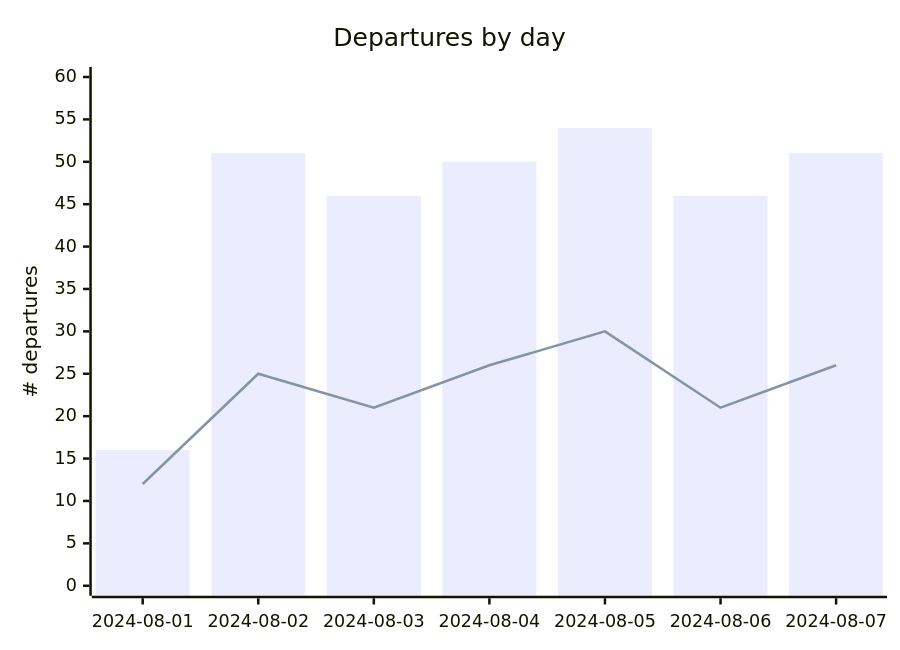
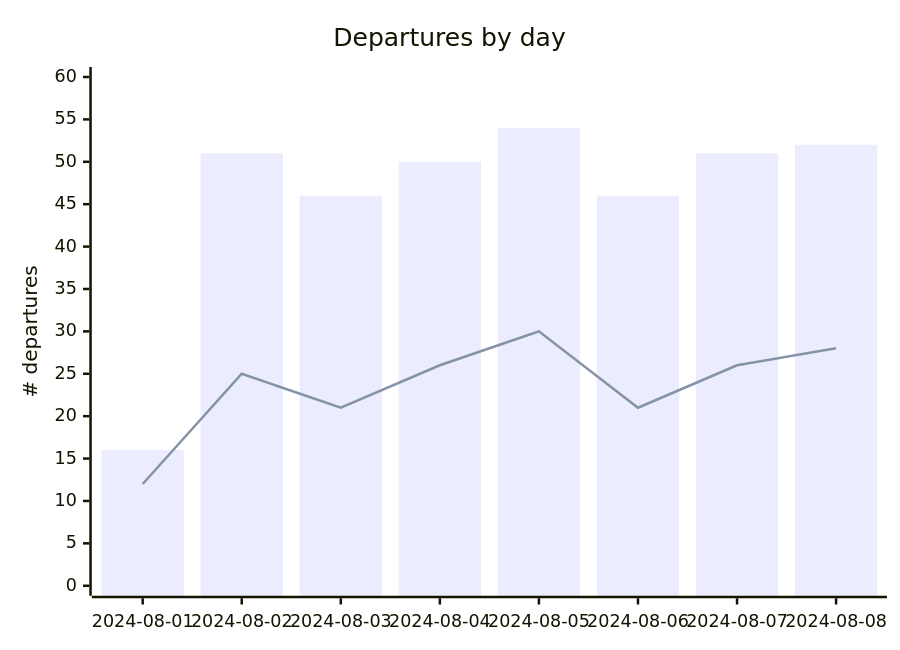
One commit to rainermesi/tll-airport-departures changed the first of 2 diagrams in README.md. Above: the diagram before and after it, drawn with Mermaid. The commit also changed other lines of this file, not shown here.

````diff
--- a/README.md
+++ b/README.md
@@ -9,8 +9,8 @@
 ```mermaid
 xychart-beta
     title "Departures by day"
-    x-axis ["2024-08-01", "2024-08-02", "2024-08-03", "2024-08-04", "2024-08-05", "2024-08-06", "2024-08-07"]
+    x-axis ["2024-08-01", "2024-08-02", "2024-08-03", "2024-08-04", "2024-08-05", "2024-08-06", "2024-08-07", "2024-08-08"]
     y-axis "# departures" 0 --> 60
-    bar [16, 51, 46, 50, 54, 46, 51]
-    line [12, 25, 21, 26, 30, 21, 26]
+    bar [16, 51, 46, 50, 54, 46, 51, 52]
+    line [12, 25, 21, 26, 30, 21, 26, 28]
 ```
````
